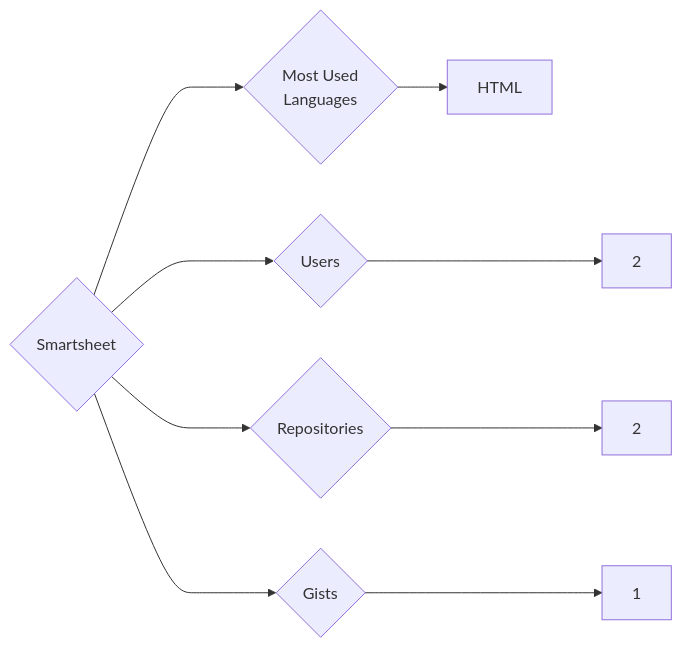
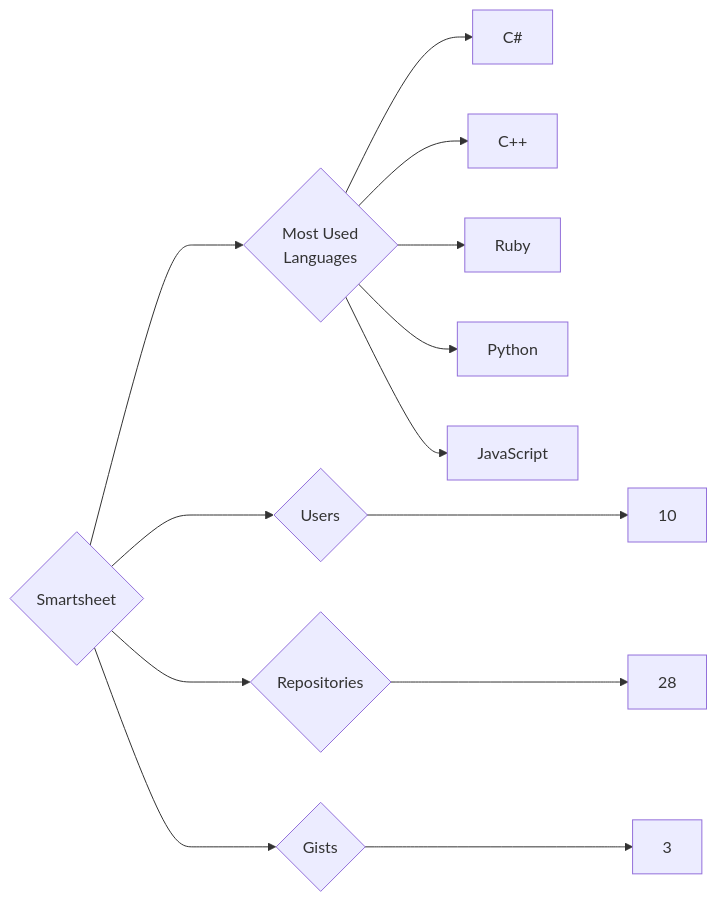
Before and after one commit to trickest/insiders: the diagram in targets/Smartsheet/README.md, drawn with Mermaid. The commit also changed 886 other files, not shown here.

````diff
--- a/targets/Smartsheet/README.md
+++ b/targets/Smartsheet/README.md
@@ -3,9 +3,13 @@
 ```mermaid
 graph LR
 COMPANY_NAME{Smartsheet}
-COMPANY_NAME ---> U{Users} ---> UN[2]
-COMPANY_NAME ---> R{Repositories} ---> RN[2]
-COMPANY_NAME ---> G{Gists} ---> GN[1]
+COMPANY_NAME ---> U{Users} ---> UN[10]
+COMPANY_NAME ---> R{Repositories} ---> RN[28]
+COMPANY_NAME ---> G{Gists} ---> GN[3]
 COMPANY_NAME ---> ML{Most Used<br>Languages}
-ML --> HTML[HTML]
+ML --> C#[C#]
+ML --> C++[C++]
+ML --> Ruby[Ruby]
+ML --> Python[Python]
+ML --> JavaScript[JavaScript]
 ```
````
